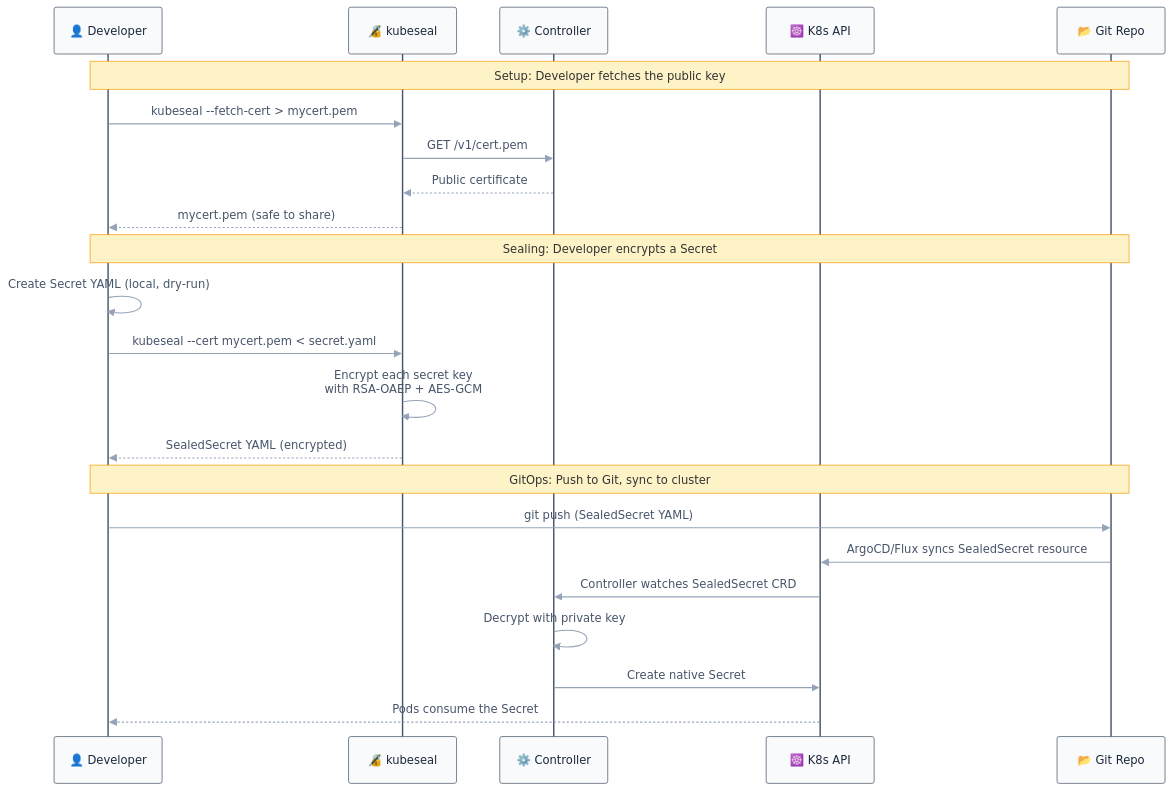
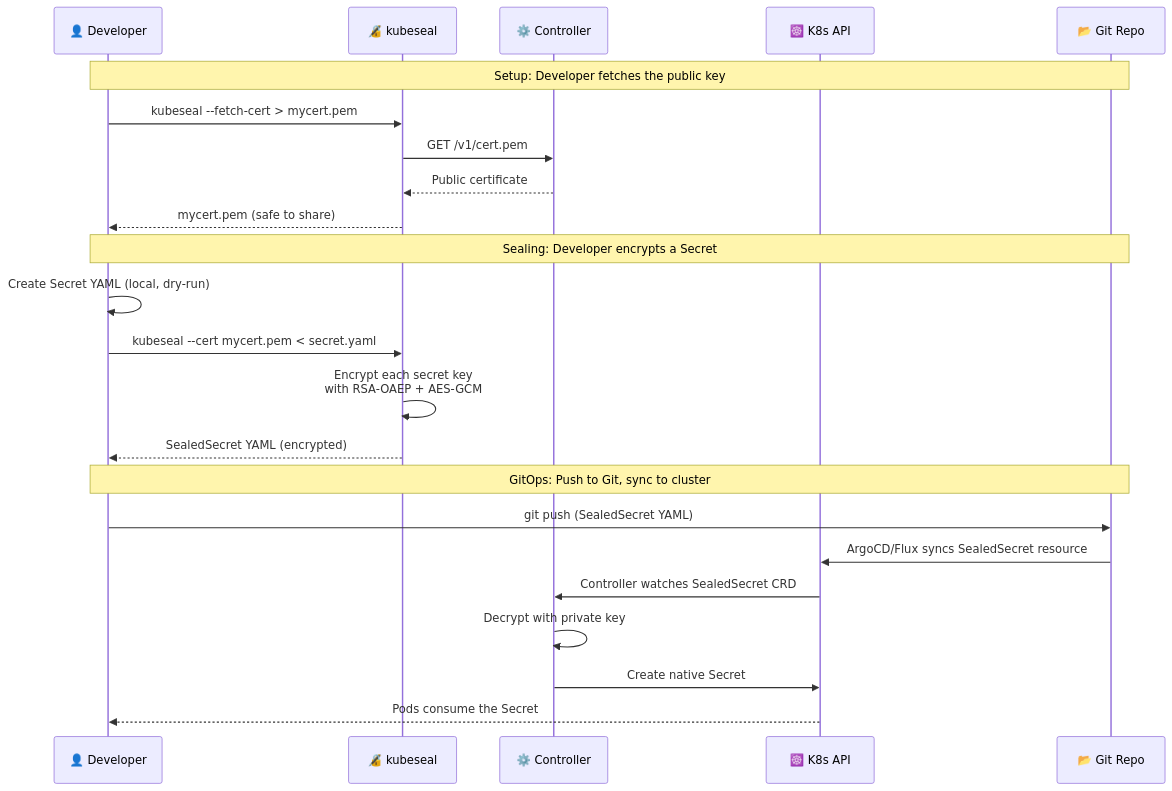
Before and after one commit to Orpere/kind: the third of 7 diagrams in secrets-management/sealdsecrets/README.md, drawn with Mermaid. The commit also changed other lines of this file and 7 other files, not shown here.

````diff
--- a/secrets-management/sealdsecrets/README.md
+++ b/secrets-management/sealdsecrets/README.md
@@ -63,29 +134,28 @@
 ```mermaid
-%%{init: {"theme": "base", "themeVariables": {"primaryColor": "#1E3A5F", "primaryTextColor": "#FFFFFF", "primaryBorderColor": "#15294A", "secondaryColor": "#2563EB", "tertiaryColor": "#10B981", "lineColor": "#94A3B8", "fontFamily": "system-ui, -apple-system, sans-serif", "actorBorder": "#475569", "actorBkg": "#F8FAFC", "actorTextColor": "#1E293B", "noteBkgColor": "#FEF3C7", "noteBorderColor": "#F59E0B", "signalColor": "#94A3B8", "signalTextColor": "#475569"}}}%%
 sequenceDiagram
     participant Dev as 👤 Developer
     participant KS as 🔏 kubeseal
     participant Ctrl as ⚙️ Controller
     participant K8s as ☸️ K8s API
     participant Git as 📂 Git Repo
 
     Note over Dev,Git: Setup: Developer fetches the public key
     Dev->>KS: kubeseal --fetch-cert > mycert.pem
     KS->>Ctrl: GET /v1/cert.pem
     Ctrl-->>KS: Public certificate
     KS-->>Dev: mycert.pem (safe to share)
 
     Note over Dev,Git: Sealing: Developer encrypts a Secret
     Dev->>Dev: Create Secret YAML (local, dry-run)
     Dev->>KS: kubeseal --cert mycert.pem < secret.yaml
     KS->>KS: Encrypt each secret key<br/>with RSA-OAEP + AES-GCM
     KS-->>Dev: SealedSecret YAML (encrypted)
 
     Note over Dev,Git: GitOps: Push to Git, sync to cluster
     Dev->>Git: git push (SealedSecret YAML)
     Git->>K8s: ArgoCD/Flux syncs SealedSecret resource
     K8s->>Ctrl: Controller watches SealedSecret CRD
     Ctrl->>Ctrl: Decrypt with private key
     Ctrl->>K8s: Create native Secret
     K8s-->>Dev: Pods consume the Secret
 ```
````
